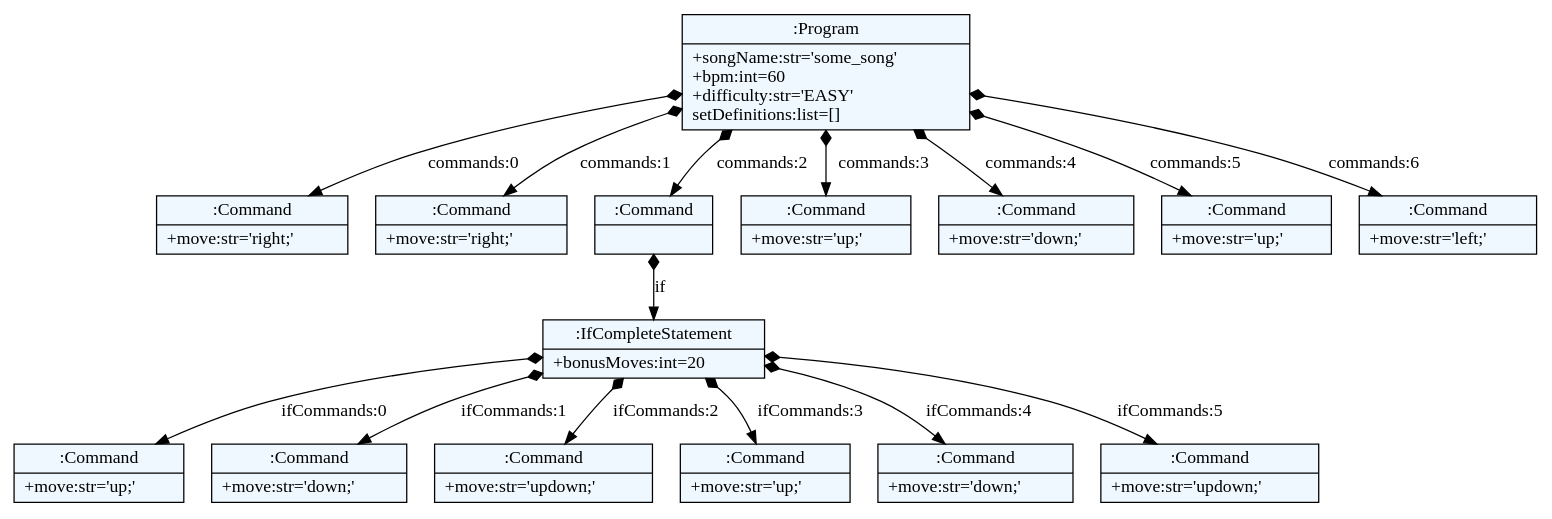
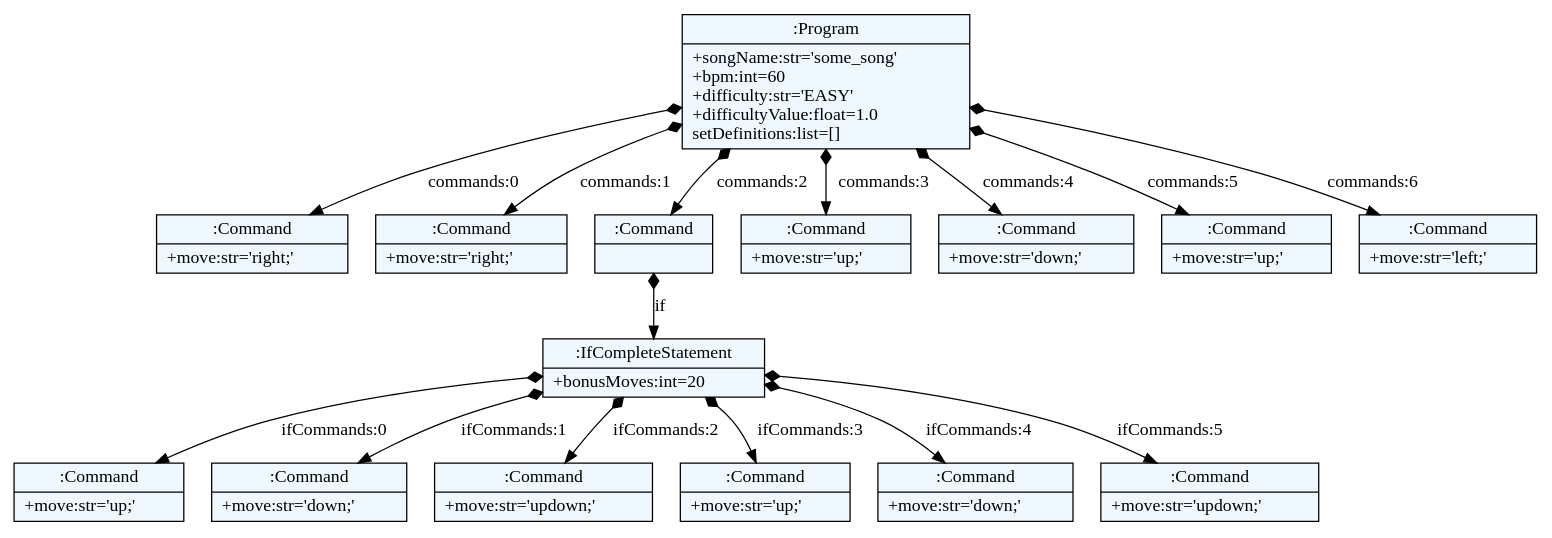
Before and after one commit to JanosevicRa177/JSD-Tim-2: the diagram in level.dot, drawn with Graphviz. The commit also changed 4 other files, not shown here.

```diff
--- a/level.dot
+++ b/level.dot
@@ -1,44 +1,44 @@
 
     digraph textX {
     fontname = "Bitstream Vera Sans"
     fontsize = 8
     node[
         shape=record,
         style=filled,
         fillcolor=aliceblue
     ]
     nodesep = 0.3
     edge[dir=black,arrowtail=empty]
 
 
-2229212014480 -> 2229206428240 [label="commands:0" arrowtail=diamond dir=both]
-2229206428240[label="{:Command|+move:str='right;'\l}"]
-2229212014480 -> 2229212014992 [label="commands:1" arrowtail=diamond dir=both]
-2229212014992[label="{:Command|+move:str='right;'\l}"]
-2229212014480 -> 2229212015120 [label="commands:2" arrowtail=diamond dir=both]
-2229212015120 -> 2229212015184 [label="if" arrowtail=diamond dir=both]
-2229212015184 -> 2229212015312 [label="ifCommands:0" arrowtail=diamond dir=both]
-2229212015312[label="{:Command|+move:str='up;'\l}"]
-2229212015184 -> 2229212015504 [label="ifCommands:1" arrowtail=diamond dir=both]
-2229212015504[label="{:Command|+move:str='down;'\l}"]
-2229212015184 -> 2229212015632 [label="ifCommands:2" arrowtail=diamond dir=both]
-2229212015632[label="{:Command|+move:str='updown;'\l}"]
-2229212015184 -> 2229212015760 [label="ifCommands:3" arrowtail=diamond dir=both]
-2229212015760[label="{:Command|+move:str='up;'\l}"]
-2229212015184 -> 2229212015888 [label="ifCommands:4" arrowtail=diamond dir=both]
-2229212015888[label="{:Command|+move:str='down;'\l}"]
-2229212015184 -> 2229212016080 [label="ifCommands:5" arrowtail=diamond dir=both]
-2229212016080[label="{:Command|+move:str='updown;'\l}"]
-2229212015184[label="{:IfCompleteStatement|+bonusMoves:int=20\l}"]
-2229212015120[label="{:Command|}"]
-2229212014480 -> 2229212015248 [label="commands:3" arrowtail=diamond dir=both]
-2229212015248[label="{:Command|+move:str='up;'\l}"]
-2229212014480 -> 2229212015376 [label="commands:4" arrowtail=diamond dir=both]
-2229212015376[label="{:Command|+move:str='down;'\l}"]
-2229212014480 -> 2229212016400 [label="commands:5" arrowtail=diamond dir=both]
-2229212016400[label="{:Command|+move:str='up;'\l}"]
-2229212014480 -> 2229212016528 [label="commands:6" arrowtail=diamond dir=both]
-2229212016528[label="{:Command|+move:str='left;'\l}"]
-2229212014480[label="{:Program|+songName:str='some_song'\l+bpm:int=60\l+difficulty:str='EASY'\lsetDefinitions:list=[]\l}"]
+2303838141376 -> 2303838141520 [label="commands:0" arrowtail=diamond dir=both]
+2303838141520[label="{:Command|+move:str='right;'\l}"]
+2303838141376 -> 2303838141568 [label="commands:1" arrowtail=diamond dir=both]
+2303838141568[label="{:Command|+move:str='right;'\l}"]
+2303838141376 -> 2303838141664 [label="commands:2" arrowtail=diamond dir=both]
+2303838141664 -> 2303838141808 [label="if" arrowtail=diamond dir=both]
+2303838141808 -> 2303838142000 [label="ifCommands:0" arrowtail=diamond dir=both]
+2303838142000[label="{:Command|+move:str='up;'\l}"]
+2303838141808 -> 2303838142048 [label="ifCommands:1" arrowtail=diamond dir=both]
+2303838142048[label="{:Command|+move:str='down;'\l}"]
+2303838141808 -> 2303838142144 [label="ifCommands:2" arrowtail=diamond dir=both]
+2303838142144[label="{:Command|+move:str='updown;'\l}"]
+2303838141808 -> 2303838142240 [label="ifCommands:3" arrowtail=diamond dir=both]
+2303838142240[label="{:Command|+move:str='up;'\l}"]
+2303838141808 -> 2303838142336 [label="ifCommands:4" arrowtail=diamond dir=both]
+2303838142336[label="{:Command|+move:str='down;'\l}"]
+2303838141808 -> 2303838142432 [label="ifCommands:5" arrowtail=diamond dir=both]
+2303838142432[label="{:Command|+move:str='updown;'\l}"]
+2303838141808[label="{:IfCompleteStatement|+bonusMoves:int=20\l}"]
+2303838141664[label="{:Command|}"]
+2303838141376 -> 2303838141760 [label="commands:3" arrowtail=diamond dir=both]
+2303838141760[label="{:Command|+move:str='up;'\l}"]
+2303838141376 -> 2303838141856 [label="commands:4" arrowtail=diamond dir=both]
+2303838141856[label="{:Command|+move:str='down;'\l}"]
+2303838141376 -> 2303838141952 [label="commands:5" arrowtail=diamond dir=both]
+2303838141952[label="{:Command|+move:str='up;'\l}"]
+2303838141376 -> 2303838273760 [label="commands:6" arrowtail=diamond dir=both]
+2303838273760[label="{:Command|+move:str='left;'\l}"]
+2303838141376[label="{:Program|+songName:str='some_song'\l+bpm:int=60\l+difficulty:str='EASY'\l+difficultyValue:float=1.0\lsetDefinitions:list=[]\l}"]
 
 }
```
